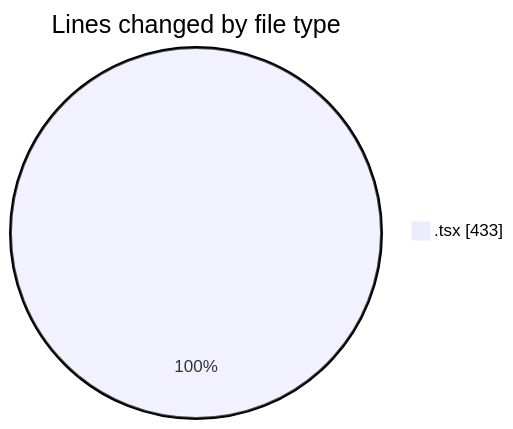
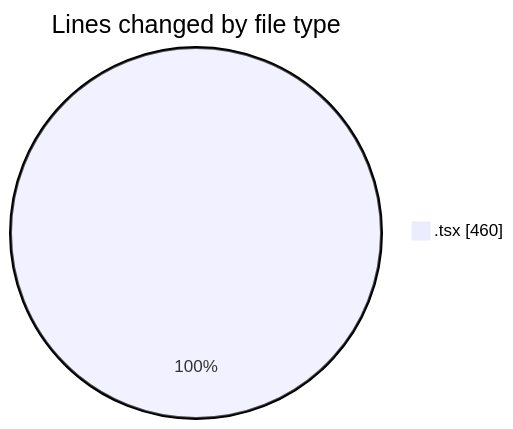
The first of 2 diagrams in 2026-08-13/nxtqube_webapp/README.md (nxtqubesakshisongat/code-tracking), drawn with Mermaid before and after one commit. The commit also changed other lines of this file and 1 other file, not shown here.

````diff
--- a/2026-08-13/nxtqube_webapp/README.md
+++ b/2026-08-13/nxtqube_webapp/README.md
@@ -23,5 +23,5 @@
 ```mermaid
 pie showData
 title Lines changed by file type
-".tsx" : 433
+".tsx" : 460
 ```
````
